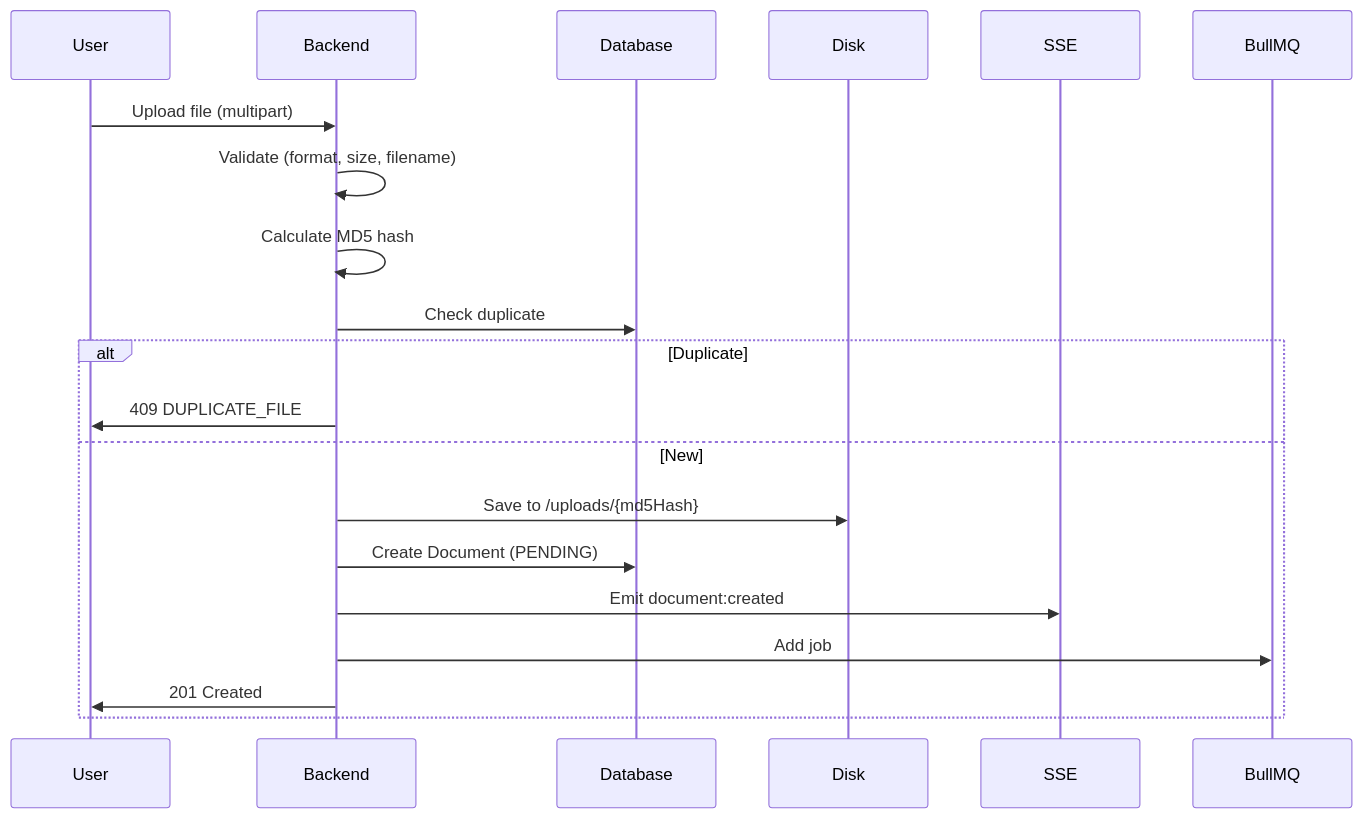
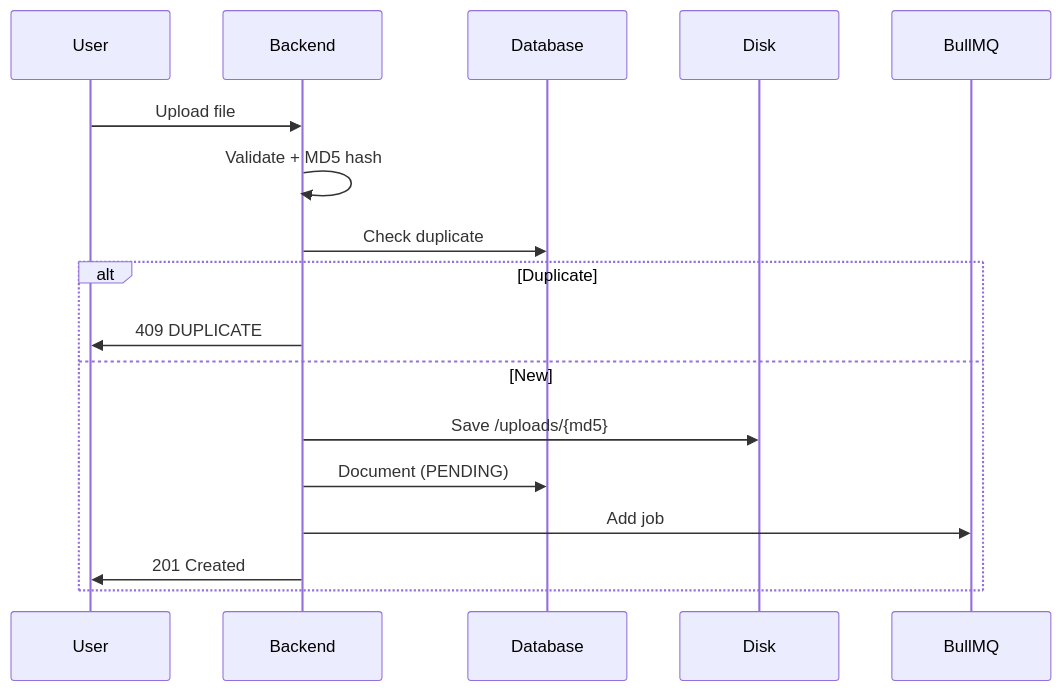
The second of 5 diagrams in docs/data-flow.md (namtroi/RAGBase), drawn with Mermaid before and after one commit. The commit also changed other lines of this file and 6 other files, not shown here.

````diff
--- a/docs/data-flow.md
+++ b/docs/data-flow.md
@@ -26,16 +28,14 @@
 ```mermaid
 sequenceDiagram
-    User->>Backend: Upload file (multipart)
-    Backend->>Backend: Validate (format, size, filename)
-    Backend->>Backend: Calculate MD5 hash
+    User->>Backend: Upload file
+    Backend->>Backend: Validate + MD5 hash
     Backend->>Database: Check duplicate
     alt Duplicate
-        Backend->>User: 409 DUPLICATE_FILE
+        Backend->>User: 409 DUPLICATE
     else New
-        Backend->>Disk: Save to /uploads/{md5Hash}
-        Backend->>Database: Create Document (PENDING)
-        Backend->>SSE: Emit document:created
+        Backend->>Disk: Save /uploads/{md5}
+        Backend->>Database: Document (PENDING)
         Backend->>BullMQ: Add job
         Backend->>User: 201 Created
     end
 ```
````
